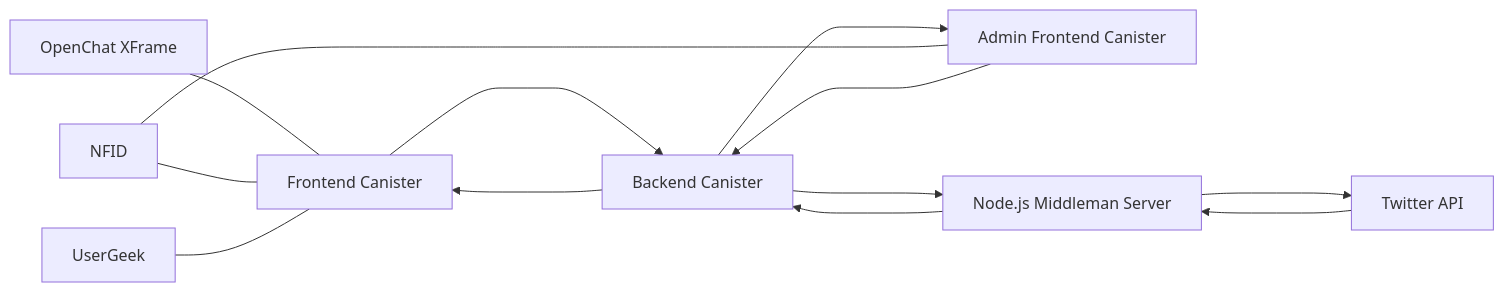
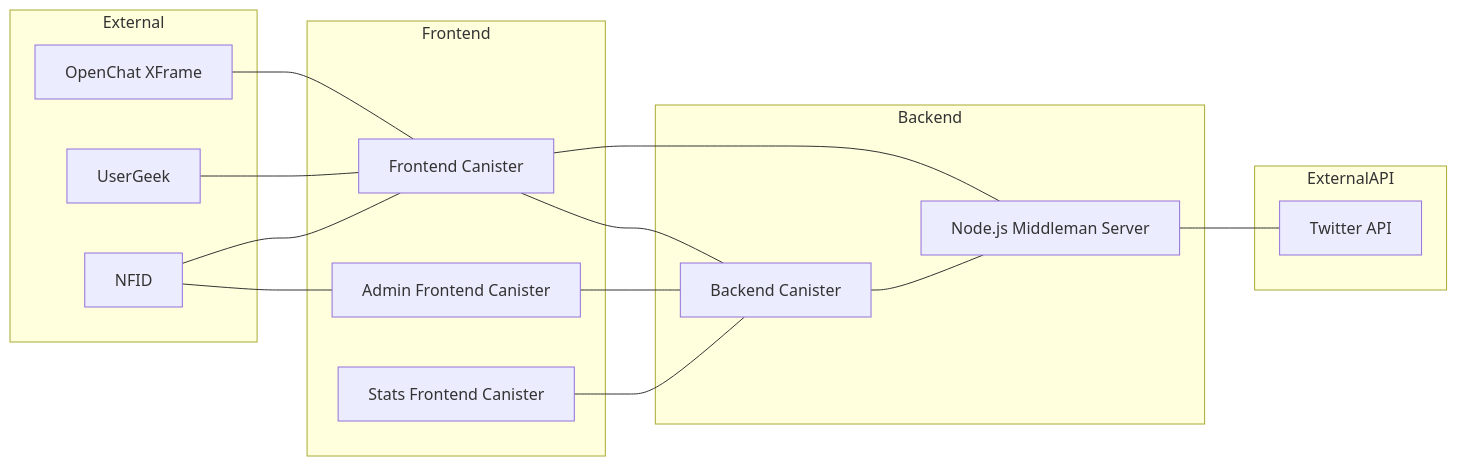
The diagram in README.md (Konecta-DAO/missions), drawn with Mermaid before and after one commit. The commit also changed other lines of this file and 19 other files, not shown here.

````diff
--- a/README.md
+++ b/README.md
@@ -12,15 +9,51 @@
 ```mermaid
+
 graph LR
-D[OpenChat XFrame] --- A[Frontend Canister]
-A[Frontend Canister] ----> B[Backend Canister]
-B[Backend Canister] ----> A[Frontend Canister]
-C[NFID] --- A[Frontend Canister]
-E[Admin Frontend Canister] ----> B[Backend Canister]
-B[Backend Canister] ----> E[Admin Frontend Canister]
-C[NFID] ---- E[Admin Frontend Canister]
-B[Backend Canister] ----> F[Node.js Middleman Server]
-F[Node.js Middleman Server] ----> B[Backend Canister]
-F[Node.js Middleman Server] ----> G[Twitter API]
-G[Twitter API] ----> F[Node.js Middleman Server]
-H[UserGeek ] --- A[Frontend Canister]
+
+    %% External Entities
+    subgraph External
+        D[OpenChat XFrame]
+        H[UserGeek]
+        C[NFID]
+    end
+
+    %% Frontend Components
+    subgraph Frontend
+        A[Frontend Canister]
+        I[Stats Frontend Canister]
+        E[Admin Frontend Canister]
+    end
+
+    %% Backend Components
+    subgraph Backend
+        B[Backend Canister]
+        F[Node.js Middleman Server]
+    end
+
+    %% External APIs
+    subgraph ExternalAPI
+        G[Twitter API]
+    end
+
+    %% Connections with Separate Directed Arrows
+    D --- A
+
+    H --- A
+
+    C --- A
+
+    C --- E
+
+    A --- B
+
+    A --- F
+
+    E --- B
+
+    I --- B
+
+    B --- F
+
+    F --- G
+
 ```
````
